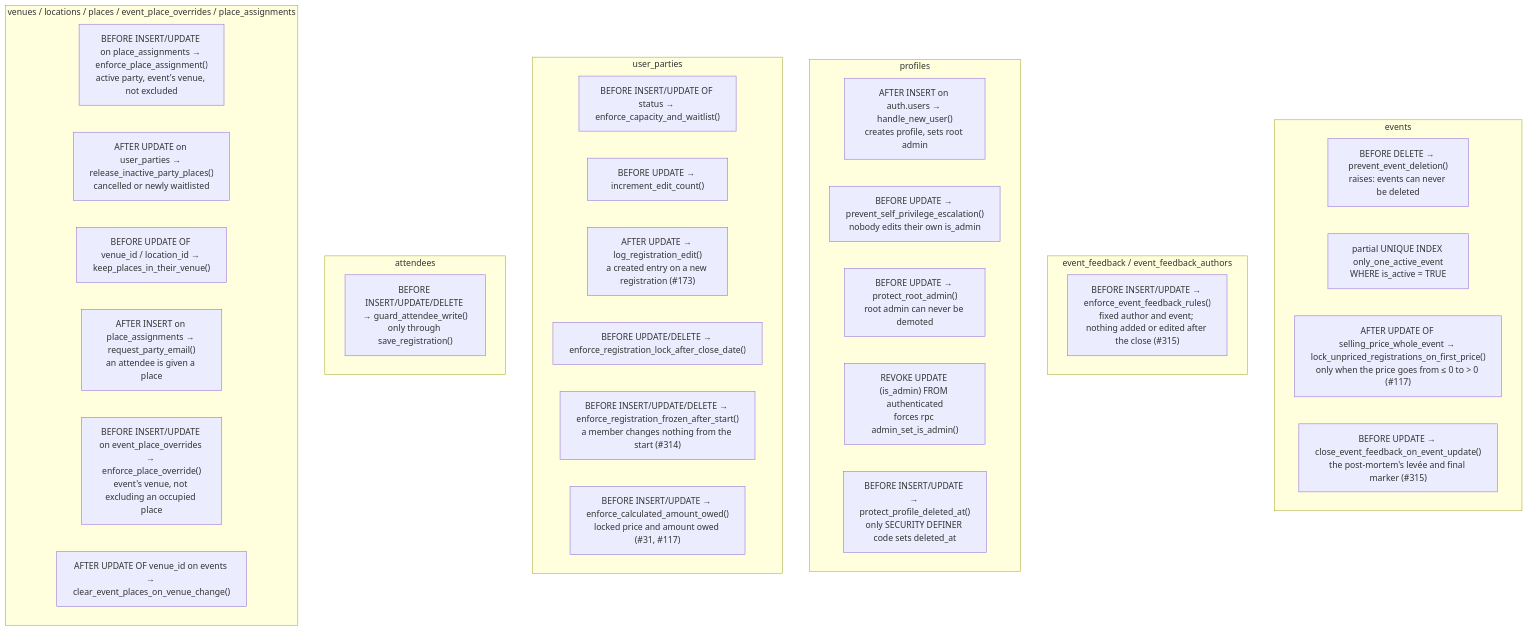
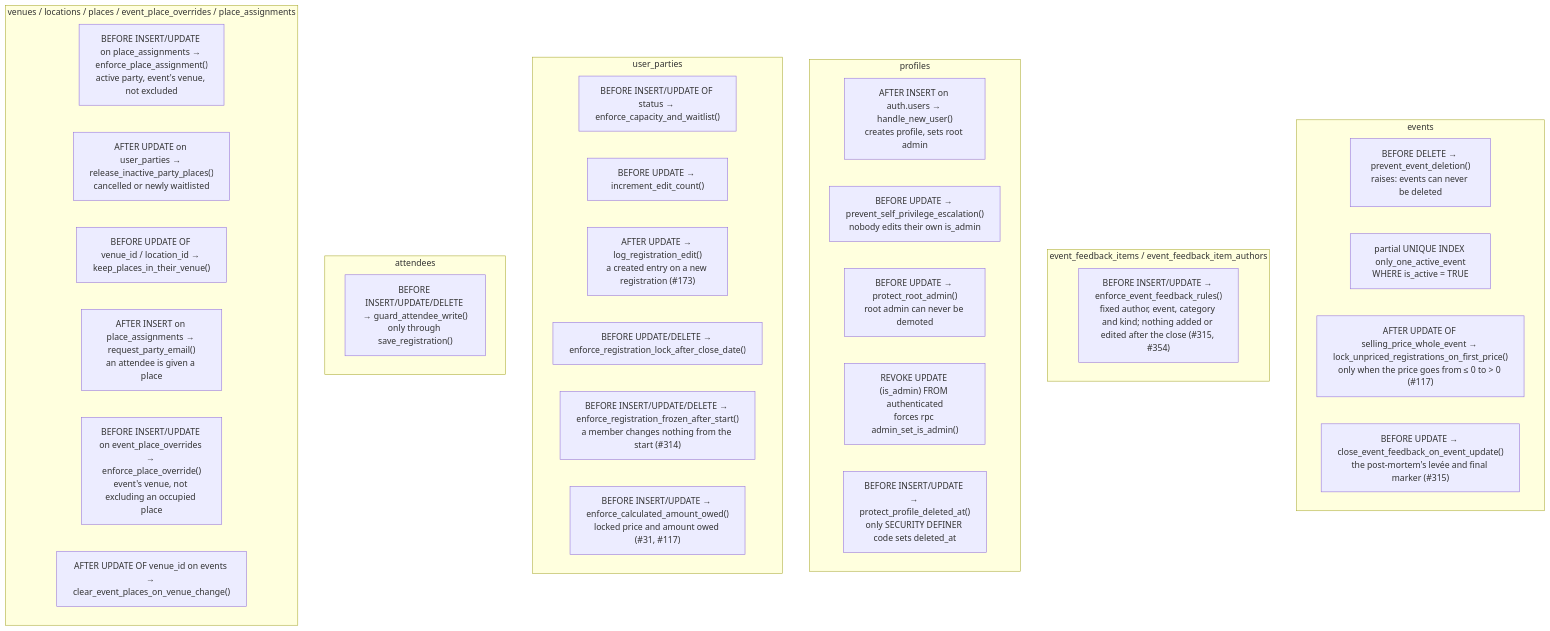
One commit to YULmix/yulmix-la-bedaine changed the second of 2 diagrams in docs/03-data-model.md. Above: the diagram before and after it, drawn with Mermaid. The commit also changed other lines of this file and 19 other files, not shown here.

First line of the commit message:
feat(bilan): retours become per-category signed or private items, read live (#354) (#358)

````diff
--- a/docs/03-data-model.md
+++ b/docs/03-data-model.md
@@ -382,38 +378,38 @@
 ```mermaid
 flowchart TD
   subgraph events
     E1["BEFORE DELETE → prevent_event_deletion()<br/>raises: events can never be deleted"]
     E2["partial UNIQUE INDEX only_one_active_event<br/>WHERE is_active = TRUE"]
     E3["AFTER UPDATE OF selling_price_whole_event → lock_unpriced_registrations_on_first_price()<br/>only when the price goes from ≤ 0 to > 0 (#117)"]
     E4["BEFORE UPDATE → close_event_feedback_on_event_update()<br/>the post-mortem's levée and final marker (#315)"]
   end
-  subgraph feedback["event_feedback / event_feedback_authors"]
-    F1["BEFORE INSERT/UPDATE → enforce_event_feedback_rules()<br/>fixed author and event; nothing added or edited after the close (#315)"]
+  subgraph feedback["event_feedback_items / event_feedback_item_authors"]
+    F1["BEFORE INSERT/UPDATE → enforce_event_feedback_rules()<br/>fixed author, event, category and kind; nothing added or edited after the close (#315, #354)"]
   end
   subgraph profiles
     P1["AFTER INSERT on auth.users → handle_new_user()<br/>creates profile, sets root admin"]
     P2["BEFORE UPDATE → prevent_self_privilege_escalation()<br/>nobody edits their own is_admin"]
     P3["BEFORE UPDATE → protect_root_admin()<br/>root admin can never be demoted"]
     P4["REVOKE UPDATE (is_admin) FROM authenticated<br/>forces rpc admin_set_is_admin()"]
     P5["BEFORE INSERT/UPDATE → protect_profile_deleted_at()<br/>only SECURITY DEFINER code sets deleted_at"]
   end
   subgraph user_parties
     U2["BEFORE INSERT/UPDATE OF status → enforce_capacity_and_waitlist()"]
     U3["BEFORE UPDATE → increment_edit_count()"]
     U4["AFTER UPDATE → log_registration_edit()<br/>a created entry on a new registration (#173)"]
     U5["BEFORE UPDATE/DELETE → enforce_registration_lock_after_close_date()"]
     U7["BEFORE INSERT/UPDATE/DELETE → enforce_registration_frozen_after_start()<br/>a member changes nothing from the start (#314)"]
     U6["BEFORE INSERT/UPDATE → enforce_calculated_amount_owed()<br/>locked price and amount owed (#31, #117)"]
   end
   subgraph attendees
     A1["BEFORE INSERT/UPDATE/DELETE → guard_attendee_write()<br/>only through save_registration()"]
   end
   subgraph places["venues / locations / places / event_place_overrides / place_assignments"]
     L1["BEFORE INSERT/UPDATE on place_assignments → enforce_place_assignment()<br/>active party, event's venue, not excluded"]
     L2["AFTER UPDATE on user_parties → release_inactive_party_places()<br/>cancelled or newly waitlisted"]
     L3["BEFORE UPDATE OF venue_id / location_id → keep_places_in_their_venue()"]
     L4["AFTER INSERT on place_assignments → request_party_email()<br/>an attendee is given a place"]
     L5["BEFORE INSERT/UPDATE on event_place_overrides → enforce_place_override()<br/>event's venue, not excluding an occupied place"]
     L6["AFTER UPDATE OF venue_id on events → clear_event_places_on_venue_change()"]
   end
 ```
````
